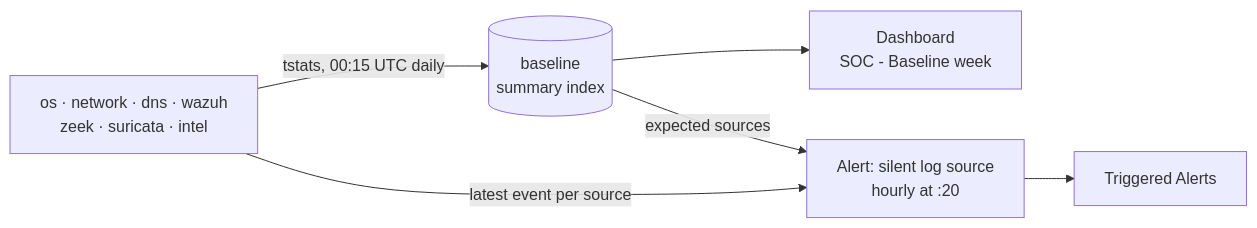
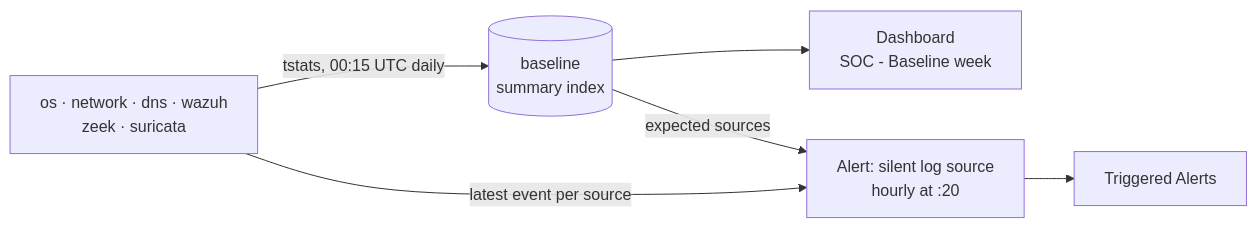
Before and after one commit to caleb57912/SOC-Homelab: the diagram in 00-START-HERE-Build-Log/18-baseline-week.md, drawn with Mermaid. The commit also changed other lines of this file and 15 other files, not shown here.

````diff
--- a/00-START-HERE-Build-Log/18-baseline-week.md
+++ b/00-START-HERE-Build-Log/18-baseline-week.md
@@ -7,8 +5,8 @@
 ```mermaid
 flowchart LR
-    I[os · network · dns · wazuh<br/>zeek · suricata · intel] -->|tstats, 00:15 UTC daily| B[(baseline<br/>summary index)]
+    I[os · network · dns · wazuh<br/>zeek · suricata] -->|tstats, 00:15 UTC daily| B[(baseline<br/>summary index)]
     B --> D[Dashboard<br/>SOC - Baseline week]
     B -->|expected sources| A[Alert: silent log source<br/>hourly at :20]
     I -->|latest event per source| A
     A --> T[Triggered Alerts]
 ```
````
